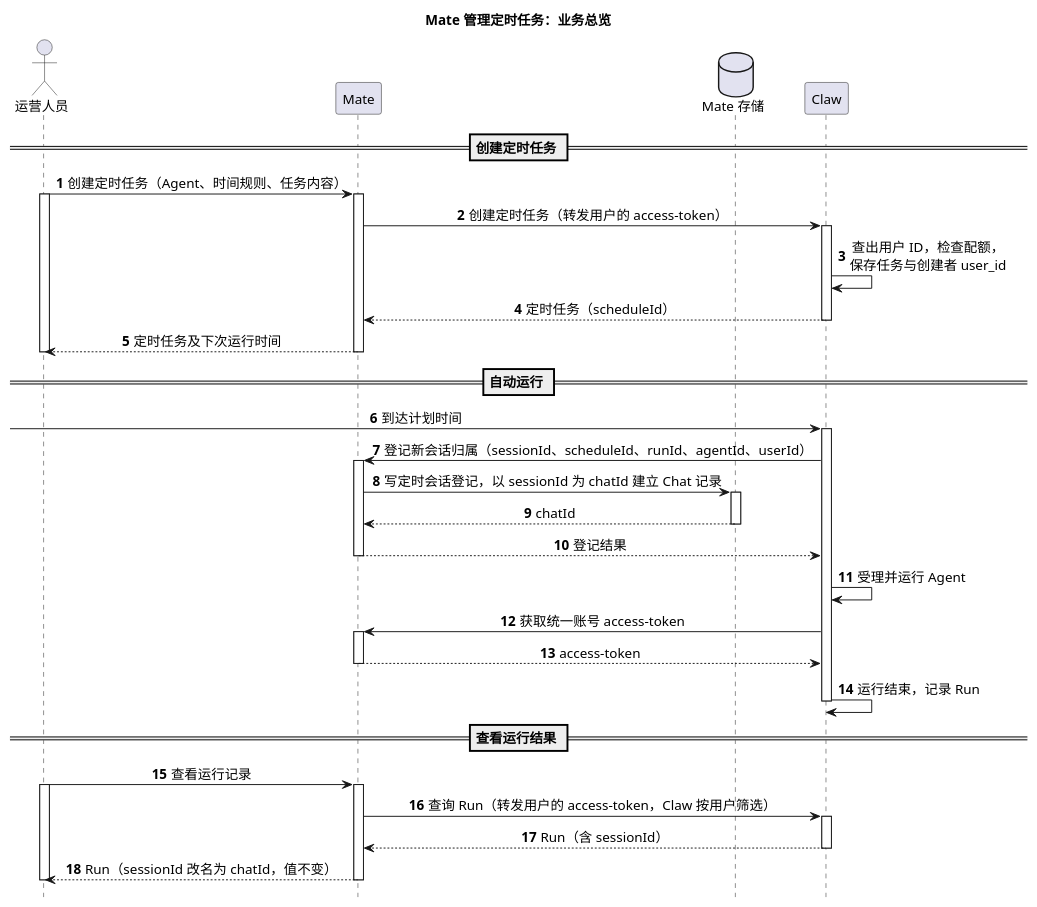
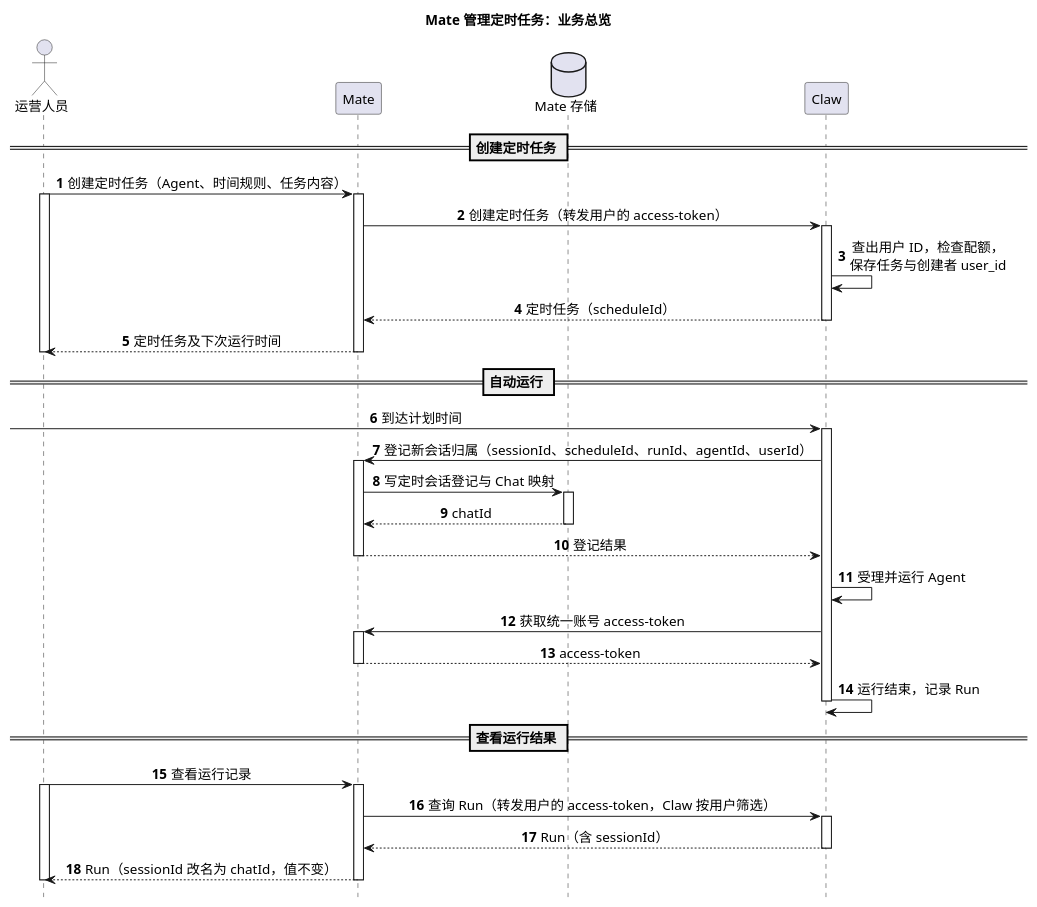
Before and after one commit to ssm0808/pi-mono-java-design: the first of 14 diagrams in 02-服务与接口/08-CampusMate定时任务/diagram.puml, drawn with PlantUML. The commit also changed other lines of this file and 10 other files, not shown here.

```diff
--- a/02-服务与接口/08-CampusMate定时任务/diagram.puml
+++ b/02-服务与接口/08-CampusMate定时任务/diagram.puml
@@ -1,43 +1,43 @@
 @startuml mate_schedule_overview
 ' 目标：待实现；Mate 侧业务总览，从创建定时任务、一次自动运行到查看运行结果。
 ' Claw 基线：pi-mono-java main ead67eba；Claw 侧规则以 01-总体架构/08-CampusClaw定时任务/README.md 0.71.0 为准。
 ' mate-service 源码未核验；Mate 存储为逻辑记录，物理表由 Mate 实现决定。
 ' 粒度：参与者为服务级；Mate 内部组件的协作见详细时序 mate_schedule_create 与 mate_session_registration。
 ' 表达方式：只画正常流程；任务归属只在 Claw（2026-10-21 确定 Mate 不保存 t_schedule）；失败与恢复见 README.md 第 5.2.1 节。
 title Mate 管理定时任务：业务总览
 hide footbox
 skinparam backgroundColor white
 skinparam defaultFontSize 14
 skinparam sequenceMessageAlign center
 actor "运营人员" as Operator
 participant "Mate" as Mate
 database "Mate 存储" as MateStore
 participant "Claw" as Claw
 autonumber
 == 创建定时任务 ==
 Operator -> Mate ++ : 创建定时任务（Agent、时间规则、任务内容）
 activate Operator
 Mate -> Claw ++ : 创建定时任务（转发用户的 access-token）
 Claw -> Claw : 查出用户 ID，检查配额，\n保存任务与创建者 user_id
 return 定时任务（scheduleId）
 return 定时任务及下次运行时间
 deactivate Operator
 == 自动运行 ==
 [-> Claw ++ : 到达计划时间
 Claw -> Mate ++ : 登记新会话归属（sessionId、scheduleId、runId、agentId、userId）
-Mate -> MateStore ++ : 写定时会话登记，以 sessionId 为 chatId 建立 Chat 记录
+Mate -> MateStore ++ : 写定时会话登记与 Chat 映射
 return chatId
 return 登记结果
 Claw -> Claw : 受理并运行 Agent
 Claw -> Mate ++ : 获取统一账号 access-token
 return access-token
 Claw -> Claw : 运行结束，记录 Run
 deactivate Claw
 == 查看运行结果 ==
 Operator -> Mate ++ : 查看运行记录
 activate Operator
 Mate -> Claw ++ : 查询 Run（转发用户的 access-token，Claw 按用户筛选）
 return Run（含 sessionId）
 return Run（sessionId 改名为 chatId，值不变）
 deactivate Operator
 @enduml
```
